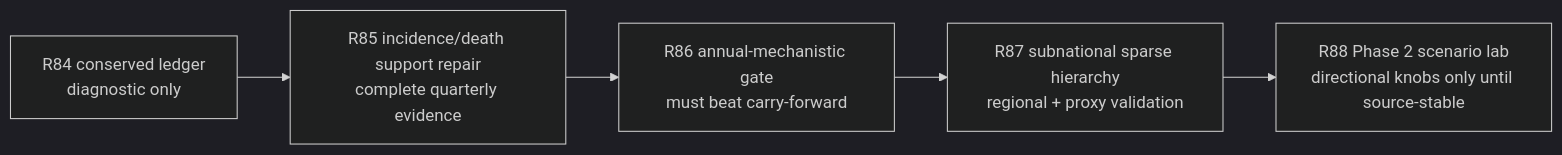
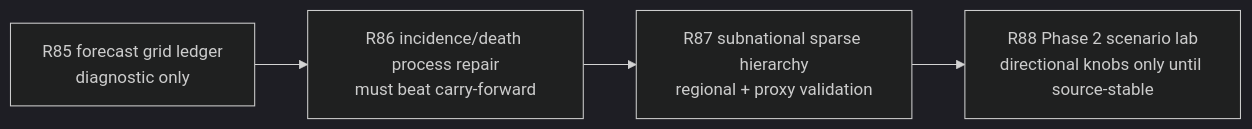
The fifth of 5 diagrams in README.md (gauravshajepal-hash/ModelHIV-PH), drawn with Mermaid (dark theme) before and after one commit. The commit also changed other lines of this file and 3 other files, not shown here.

Commit message:
Add R85 annual ledger forecast grid

````diff
--- a/README.md
+++ b/README.md
@@ -260,7 +263,6 @@
 ```mermaid
 flowchart LR
-    R84["R84 conserved ledger<br/>diagnostic only"] --> R85["R85 incidence/death support repair<br/>complete quarterly evidence"]
-    R85 --> R86["R86 annual-mechanistic gate<br/>must beat carry-forward"]
+    R85["R85 forecast grid ledger<br/>diagnostic only"] --> R86["R86 incidence/death process repair<br/>must beat carry-forward"]
     R86 --> R87["R87 subnational sparse hierarchy<br/>regional + proxy validation"]
     R87 --> R88["R88 Phase 2 scenario lab<br/>directional knobs only until source-stable"]
 ```
````
